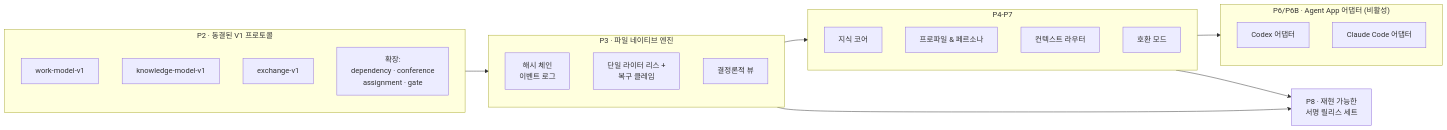
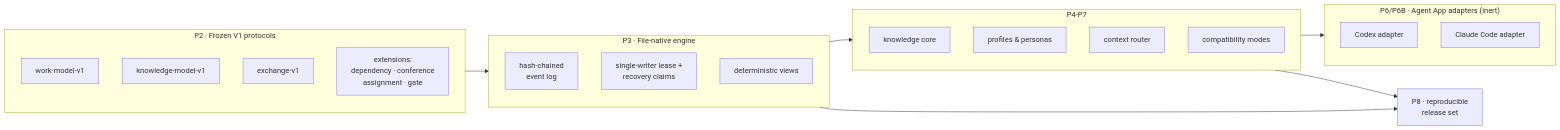
The diagram in README.ko.md (tpmoonchefryan/tcrn-workflow), drawn with Mermaid before and after one commit. The commit also changed other lines of this file and 6 other files, not shown here.

````diff
--- a/README.ko.md
+++ b/README.ko.md
@@ -70,28 +88,28 @@
 ```mermaid
 flowchart LR
-    subgraph Protocols["P2 · 동결된 V1 프로토콜"]
+    subgraph Protocols["P2 · Frozen V1 protocols"]
         WM[work-model-v1]
         KM[knowledge-model-v1]
         EX[exchange-v1]
-        XT[확장:<br/>dependency · conference<br/>assignment · gate]
+        XT[extensions:<br/>dependency · conference<br/>assignment · gate]
     end
-    subgraph Engine["P3 · 파일 네이티브 엔진"]
-        EV[해시 체인<br/>이벤트 로그]
-        LS[단일 라이터 리스 +<br/>복구 클레임]
-        VW[결정론적 뷰]
+    subgraph Engine["P3 · File-native engine"]
+        EV[hash-chained<br/>event log]
+        LS[single-writer lease +<br/>recovery claims]
+        VW[deterministic views]
     end
     subgraph Layers["P4-P7"]
-        KC[지식 코어]
-        PF[프로파일 & 페르소나]
-        CR[컨텍스트 라우터]
-        CM[호환 모드]
+        KC[knowledge core]
+        PF[profiles & personas]
+        CR[context router]
+        CM[compatibility modes]
     end
-    subgraph Hosts["P6/P6B · Agent App 어댑터 (비활성)"]
-        CX[Codex 어댑터]
-        CL[Claude Code 어댑터]
+    subgraph Hosts["P6/P6B · Agent App adapters (inert)"]
+        CX[Codex adapter]
+        CL[Claude Code adapter]
     end
-    REL[P8 · 재현 가능한<br/>서명 릴리스 세트]
+    REL[P8 · reproducible<br/>release set]
     Protocols --> Engine --> Layers --> Hosts
     Engine --> REL
     Layers --> REL
 ```
````
